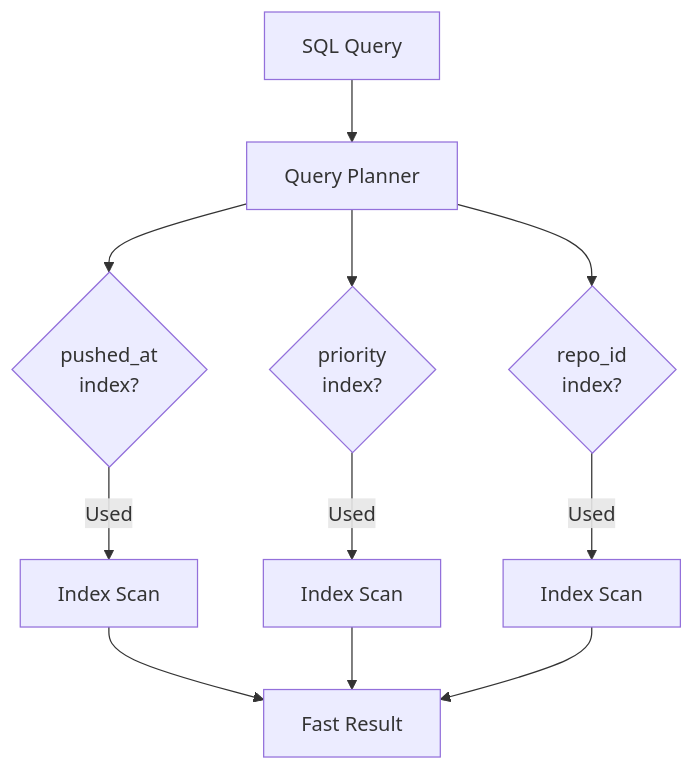
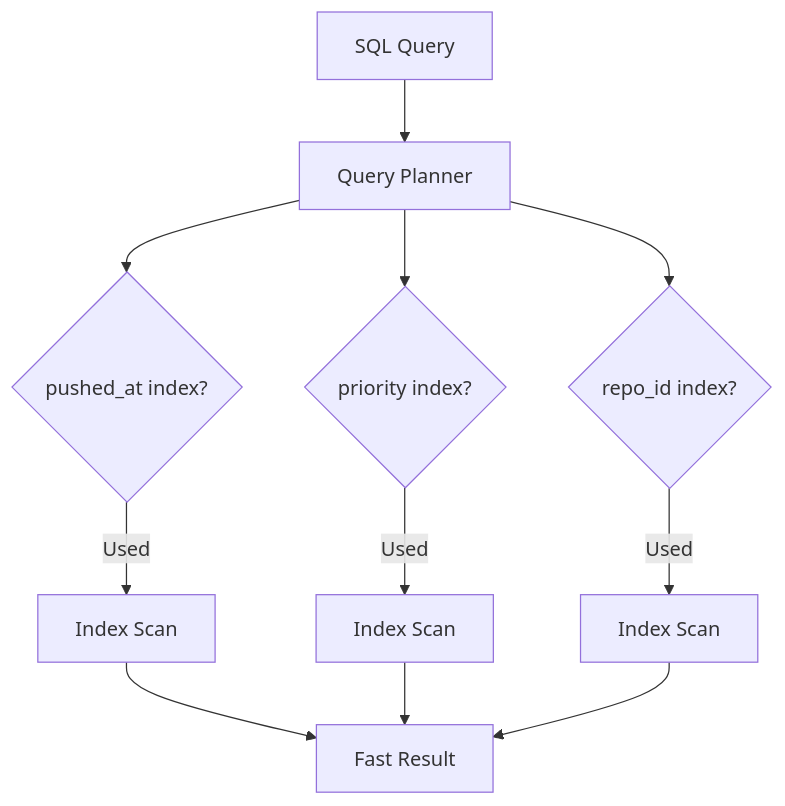
The third of 5 diagrams in wiki/Storage-Layer.md (softwarewrighter/overall), drawn with Mermaid before and after one commit. The commit also changed 4 other files, not shown here.

First line of the commit message:
Fix wiki Mermaid diagrams: remove <br/> tags

````diff
--- a/wiki/Storage-Layer.md
+++ b/wiki/Storage-Layer.md
@@ -534,16 +534,16 @@
 ```mermaid
 graph TB
     Query[SQL Query] --> QP[Query Planner]
 
-    QP --> Idx1{pushed_at<br/>index?}
-    QP --> Idx2{priority<br/>index?}
-    QP --> Idx3{repo_id<br/>index?}
+    QP --> Idx1{pushed_at index?}
+    QP --> Idx2{priority index?}
+    QP --> Idx3{repo_id index?}
 
     Idx1 -->|Used| Fast1[Index Scan]
     Idx2 -->|Used| Fast2[Index Scan]
     Idx3 -->|Used| Fast3[Index Scan]
 
     Fast1 --> Result[Fast Result]
     Fast2 --> Result
     Fast3 --> Result
 ```
````
